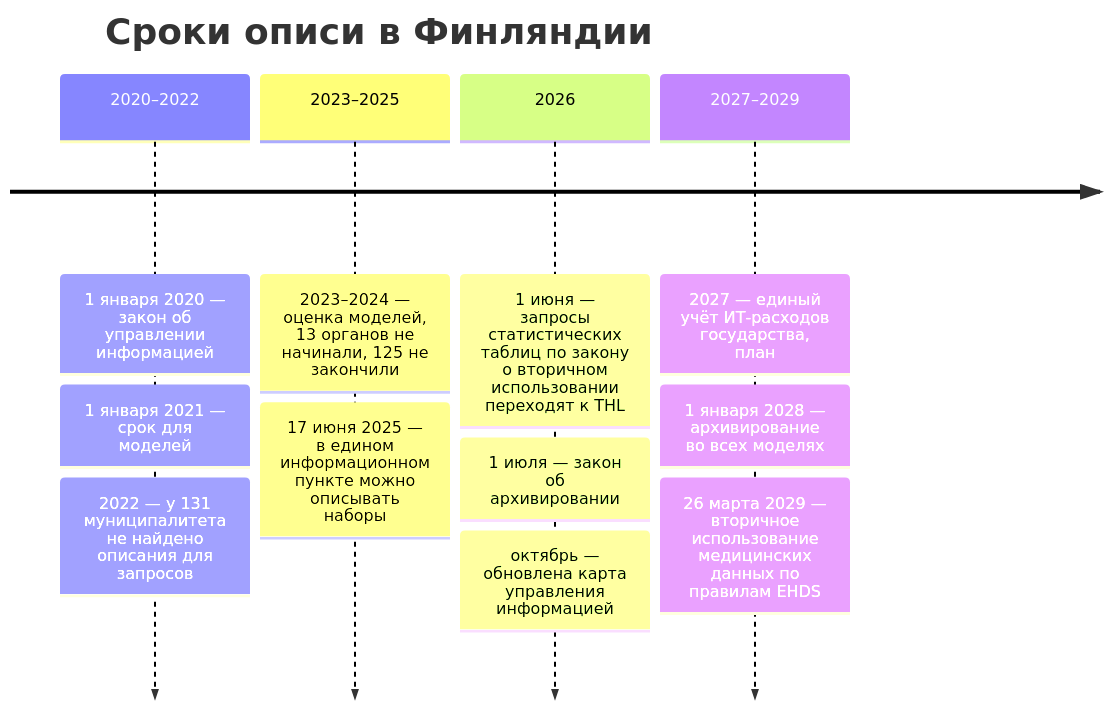
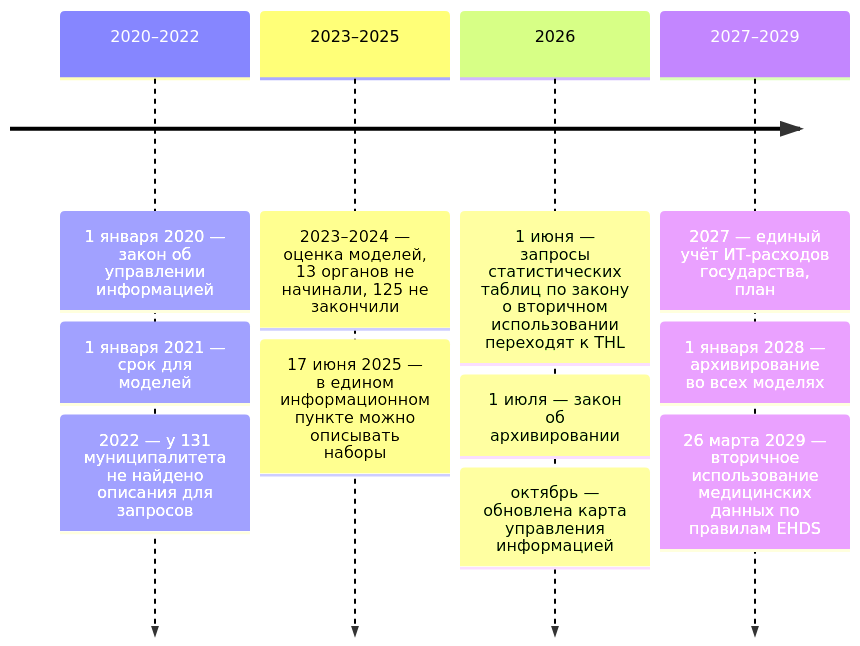
Before and after one commit to ivbeg/data-inventory: the second of 2 diagrams in docs/07-countries/08-finland.md, drawn with Mermaid. The commit also changed other lines of this file and 34 other files, not shown here.

First line of the commit message:
Читаемая карта от продукта и единый размер схем в PDF

````diff
--- a/docs/07-countries/08-finland.md
+++ b/docs/07-countries/08-finland.md
@@ -52,8 +52,13 @@
 ```mermaid
+---
+config:
+  timeline:
+    leftMargin: 0
+    padding: 10
+---
 timeline
-  title Сроки описи в Финляндии
   2020–2022 : 1 января 2020 — закон об управлении информацией : 1 января 2021 — срок для моделей : 2022 — у 131 муниципалитета не найдено описания для запросов
   2023–2025 : 2023–2024 — оценка моделей, 13 органов не начинали, 125 не закончили : 17 июня 2025 — в едином информационном пункте можно описывать наборы
   2026 : 1 июня — запросы статистических таблиц по закону о вторичном использовании переходят к THL : 1 июля — закон об архивировании : октябрь — обновлена карта управления информацией
   2027–2029 : 2027 — единый учёт ИТ-расходов государства, план : 1 января 2028 — архивирование во всех моделях : 26 марта 2029 — вторичное использование медицинских данных по правилам EHDS
 ```
````
